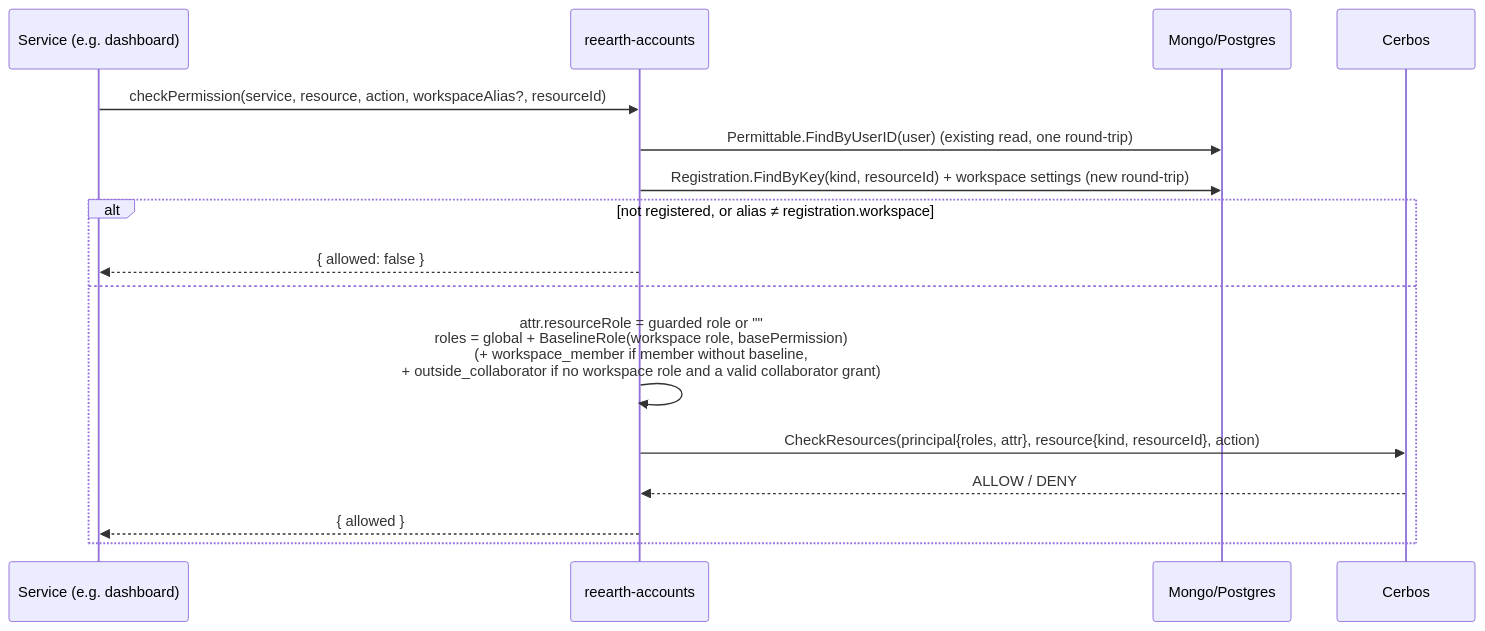
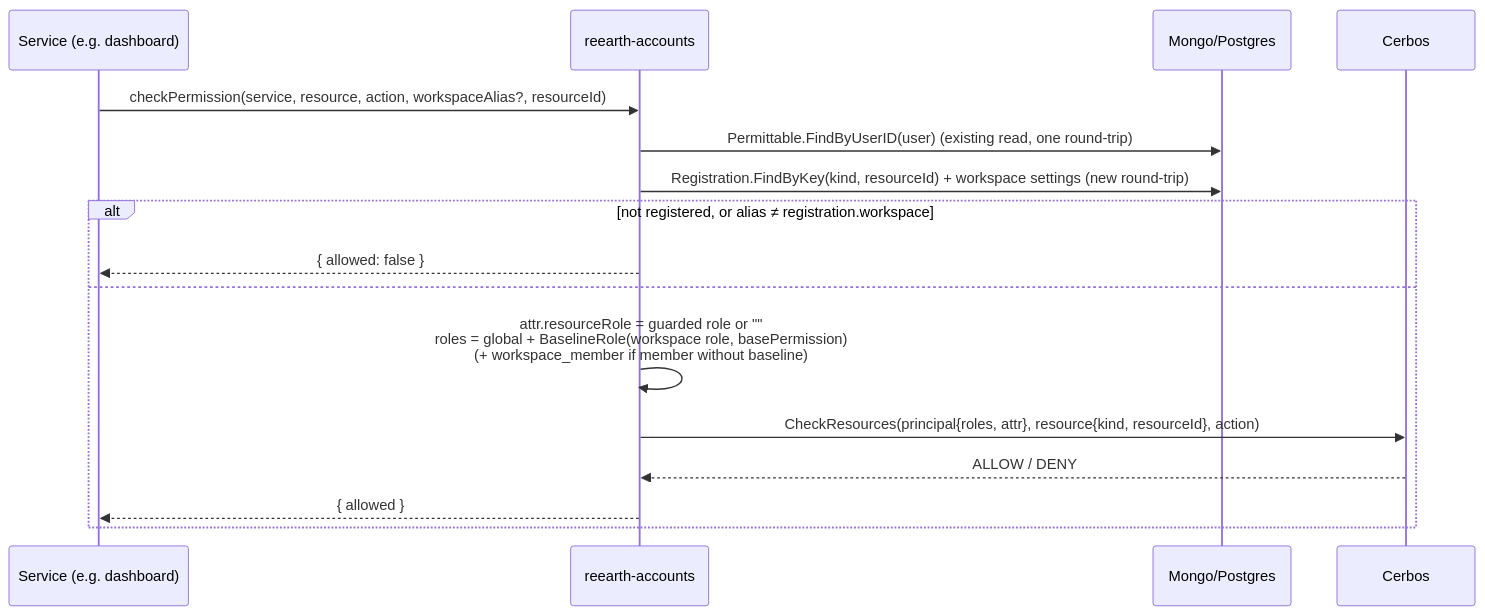
One commit to reearth/reearth-accounts changed the first of 4 diagrams in server/docs/usecase/resource-role-binding.ja.md. Above: the diagram before and after it, drawn with Mermaid. The commit also changed other lines of this file and 1 other file, not shown here.

Commit message:
docs(server): make every person with access a workspace member and drop outside collaborators

````diff
--- a/server/docs/usecase/resource-role-binding.ja.md
+++ b/server/docs/usecase/resource-role-binding.ja.md
@@ -744,19 +682,19 @@
 ```mermaid
 sequenceDiagram
     participant S as Service (e.g. dashboard)
     participant A as reearth-accounts
     participant DB as Mongo/Postgres
     participant C as Cerbos
 
     S->>A: checkPermission(service, resource, action, workspaceAlias?, resourceId)
     A->>DB: Permittable.FindByUserID(user)  (existing read, one round-trip)
     A->>DB: Registration.FindByKey(kind, resourceId) + workspace settings  (new round-trip)
     alt not registered, or alias ≠ registration.workspace
         A-->>S: { allowed: false }
     else
-        A->>A: attr.resourceRole = guarded role or ""<br/>roles = global + BaselineRole(workspace role, basePermission)<br/>(+ workspace_member if member without baseline,<br/>+ outside_collaborator if no workspace role and a valid collaborator grant)
+        A->>A: attr.resourceRole = guarded role or ""<br/>roles = global + BaselineRole(workspace role, basePermission)<br/>(+ workspace_member if member without baseline)
         A->>C: CheckResources(principal{roles, attr}, resource{kind, resourceId}, action)
         C-->>A: ALLOW / DENY
         A-->>S: { allowed }
     end
 ```
````
